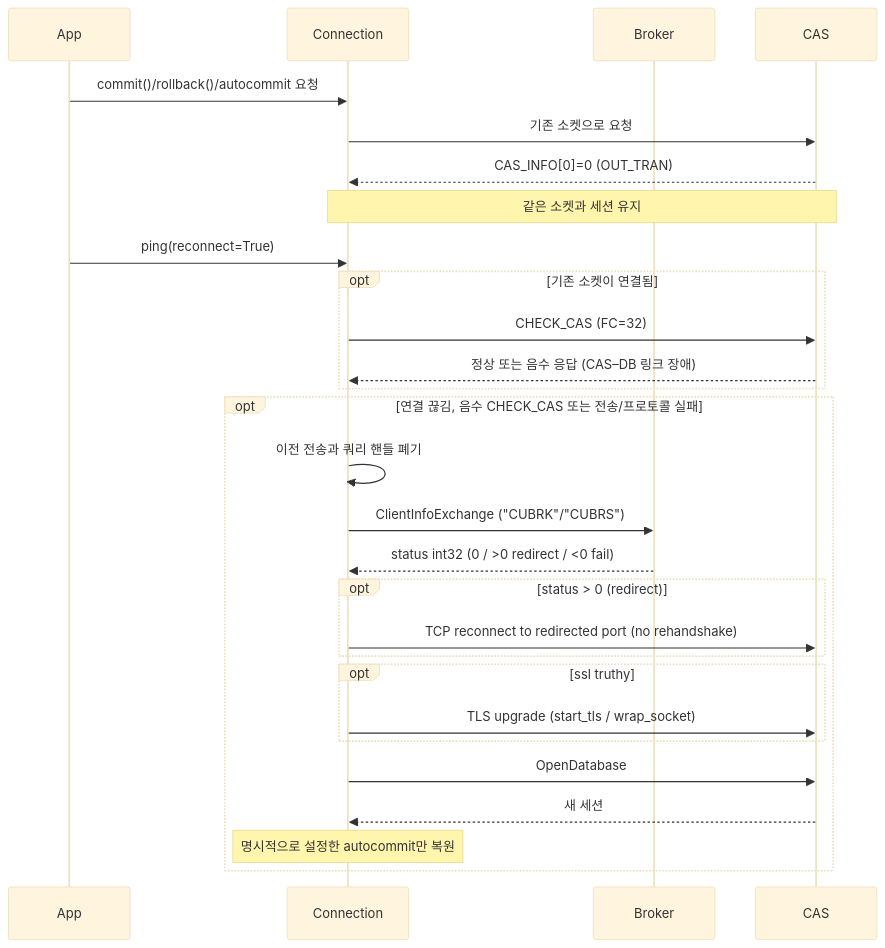
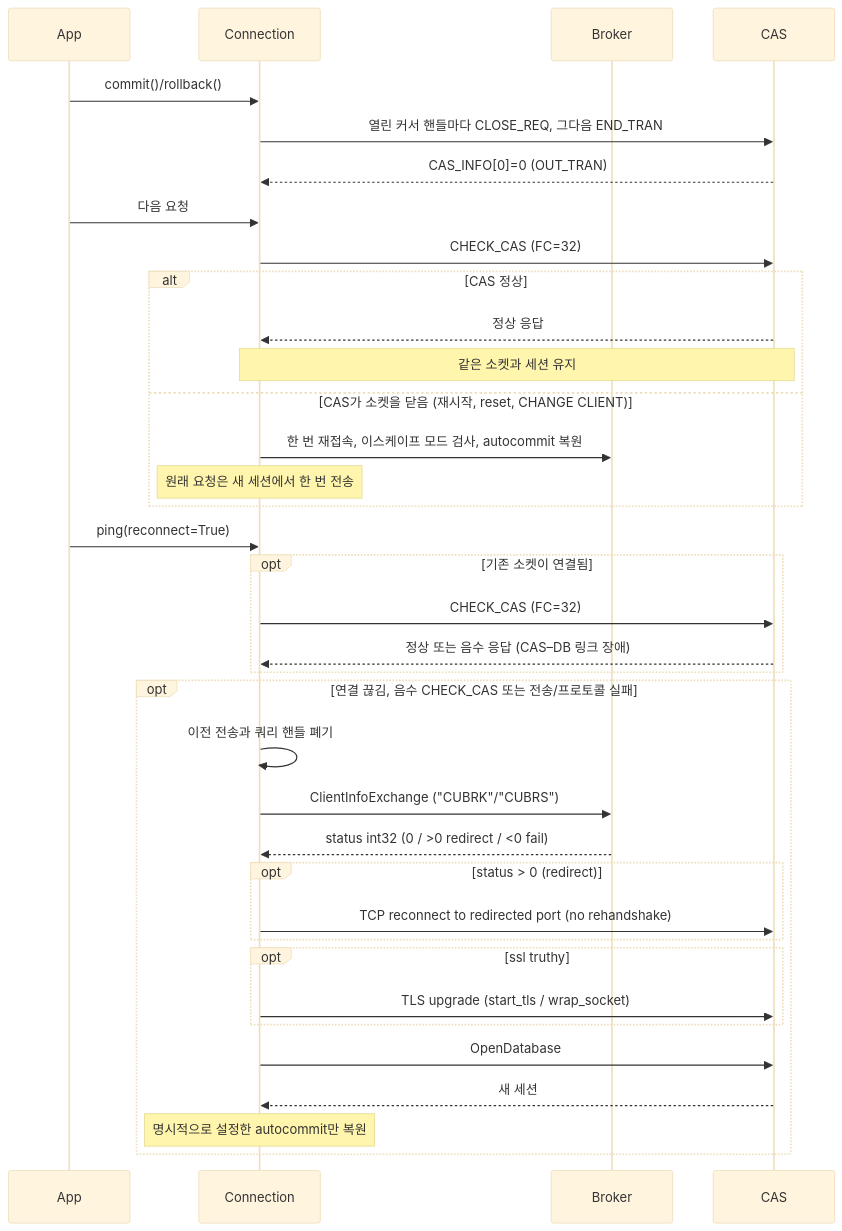
Before and after one commit to cubrid-lab/pycubrid: the third of 5 diagrams in docs/ko/ARCHITECTURE.md, drawn with Mermaid (base theme). The commit also changed other lines of this file and 34 other files, not shown here.

````diff
--- a/docs/ko/ARCHITECTURE.md
+++ b/docs/ko/ARCHITECTURE.md
@@ -94,31 +106,39 @@
 ```mermaid
 sequenceDiagram
     participant App
     participant Connection
     participant Broker
     participant CAS
 
-    App->>Connection: commit()/rollback()/autocommit 요청
-    Connection->>CAS: 기존 소켓으로 요청
+    App->>Connection: commit()/rollback()
+    Connection->>CAS: 열린 커서 핸들마다 CLOSE_REQ, 그다음 END_TRAN
     CAS-->>Connection: CAS_INFO[0]=0 (OUT_TRAN)
-    note over Connection,CAS: 같은 소켓과 세션 유지
+    App->>Connection: 다음 요청
+    Connection->>CAS: CHECK_CAS (FC=32)
+    alt CAS 정상
+      CAS-->>Connection: 정상 응답
+      note over Connection,CAS: 같은 소켓과 세션 유지
+    else CAS가 소켓을 닫음 (재시작, reset, CHANGE CLIENT)
+      Connection->>Broker: 한 번 재접속, 이스케이프 모드 검사, autocommit 복원
+      note over Connection: 원래 요청은 새 세션에서 한 번 전송
+    end
     App->>Connection: ping(reconnect=True)
     opt 기존 소켓이 연결됨
       Connection->>CAS: CHECK_CAS (FC=32)
       CAS-->>Connection: 정상 또는 음수 응답 (CAS–DB 링크 장애)
     end
     opt 연결 끊김, 음수 CHECK_CAS 또는 전송/프로토콜 실패
       Connection->>Connection: 이전 전송과 쿼리 핸들 폐기
       Connection->>Broker: ClientInfoExchange ("CUBRK"/"CUBRS")
       Broker-->>Connection: status int32 (0 / >0 redirect / <0 fail)
       opt status > 0 (redirect)
         Connection->>CAS: TCP reconnect to redirected port (no rehandshake)
       end
       opt ssl truthy
         Connection->>CAS: TLS upgrade (start_tls / wrap_socket)
       end
       Connection->>CAS: OpenDatabase
       CAS-->>Connection: 새 세션
       note over Connection: 명시적으로 설정한 autocommit만 복원
     end
 ```
````
